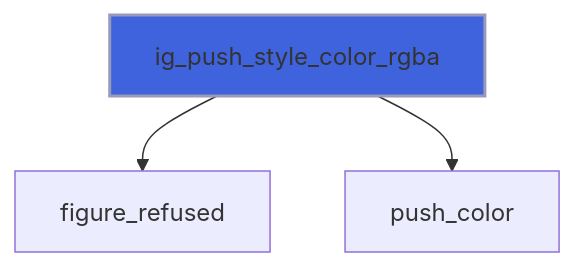
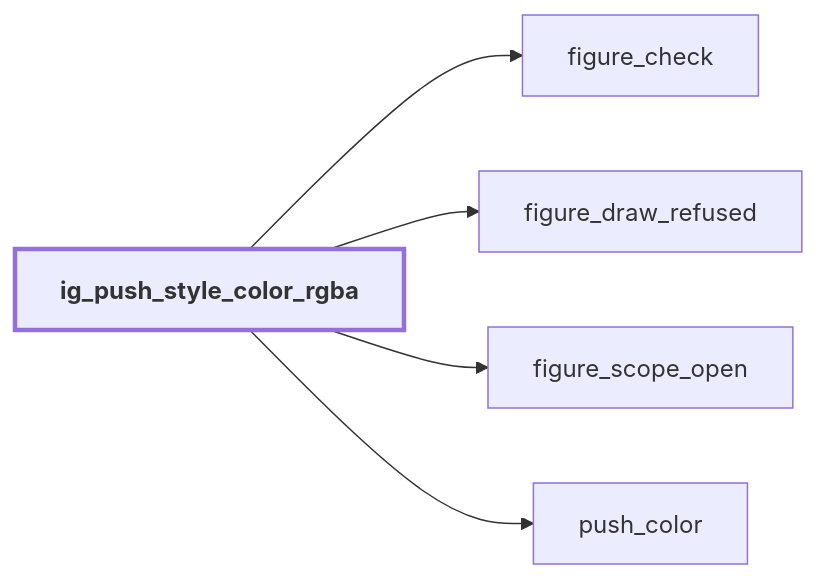
The seventh of 44 diagrams in docs/api/src/lib/figure_style.md (szaghi/figure), drawn with Mermaid before and after one commit. The commit also changed other lines of this file and 54 other files, not shown here.

````diff
--- a/docs/api/src/lib/figure_style.md
+++ b/docs/api/src/lib/figure_style.md
@@ -319,6 +362,13 @@
 ```mermaid
-flowchart TD
-  ig_push_style_color_rgba["ig_push_style_color_rgba"] --> figure_refused["figure_refused"]
+flowchart LR
+  ig_push_style_color_rgba["ig_push_style_color_rgba"] --> figure_check["figure_check"]
+  ig_push_style_color_rgba["ig_push_style_color_rgba"] --> figure_draw_refused["figure_draw_refused"]
+  ig_push_style_color_rgba["ig_push_style_color_rgba"] --> figure_scope_open["figure_scope_open"]
   ig_push_style_color_rgba["ig_push_style_color_rgba"] --> push_color["push_color"]
-  style ig_push_style_color_rgba fill:#3e63dd,stroke:#99b,stroke-width:2px
+  classDef focus stroke-width:3px,font-weight:bold
+  class ig_push_style_color_rgba focus
+  click figure_draw_refused href "figure_base.html#figure-draw-refused" "figure_draw_refused"
+  click push_color href "#push-color" "push_color"
+  click figure_scope_open href "figure_base.html#figure-scope-open" "figure_scope_open"
+  click figure_check href "figure_base.html#figure-check" "figure_check"
 ```
````
